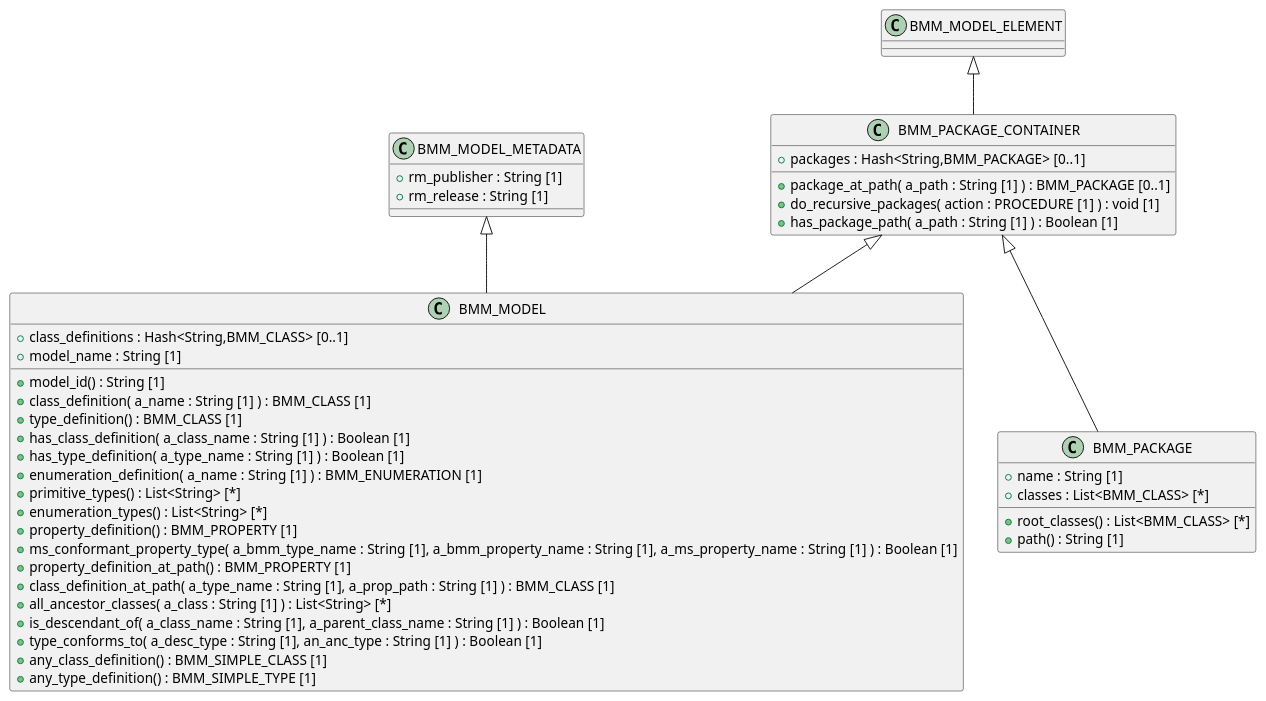
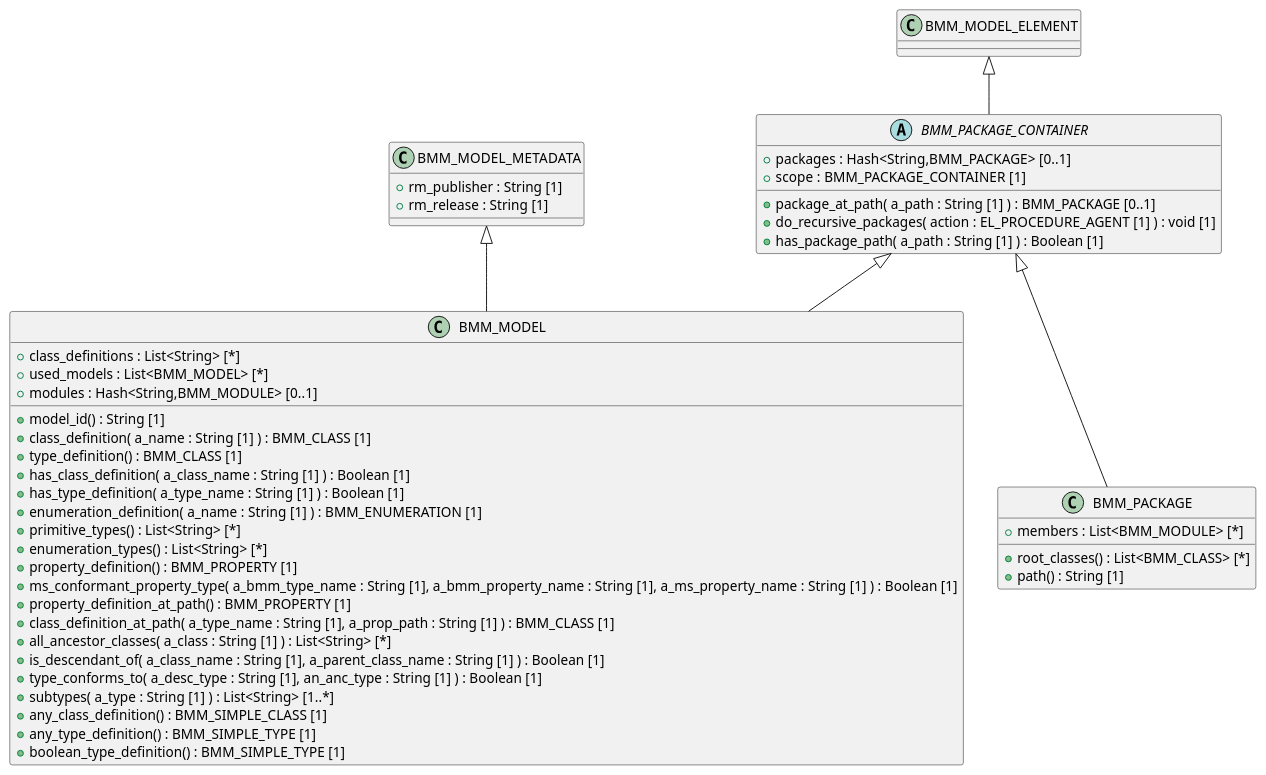
Before and after one commit to sebastian-iancu/code-generator: the diagram in code/Adoc/openehr_lang_1.1.0/plantUML/packages/org.openehr.lang.bmm.core.model.adoc, drawn with PlantUML. The commit also changed 719 other files, not shown here.

```diff
--- a/code/Adoc/openehr_lang_1.1.0/plantUML/packages/org.openehr.lang.bmm.core.model.adoc
+++ b/code/Adoc/openehr_lang_1.1.0/plantUML/packages/org.openehr.lang.bmm.core.model.adoc
@@ -1,52 +1,55 @@
 [plantuml,model,format=svg,svg-type="inline"]
 -----
 @startuml
 
 class BMM_MODEL {
-  + class_definitions : Hash<String,BMM_CLASS> [0..1]
-  + model_name : String [1]
+  + class_definitions : List<String> [*]
+  + used_models : List<BMM_MODEL> [*]
+  + modules : Hash<String,BMM_MODULE> [0..1]
   + model_id() : String [1]
   + class_definition( a_name : String [1] ) : BMM_CLASS [1]
   + type_definition() : BMM_CLASS [1]
   + has_class_definition( a_class_name : String [1] ) : Boolean [1]
   + has_type_definition( a_type_name : String [1] ) : Boolean [1]
   + enumeration_definition( a_name : String [1] ) : BMM_ENUMERATION [1]
   + primitive_types() : List<String> [*]
   + enumeration_types() : List<String> [*]
   + property_definition() : BMM_PROPERTY [1]
   + ms_conformant_property_type( a_bmm_type_name : String [1], a_bmm_property_name : String [1], a_ms_property_name : String [1] ) : Boolean [1]
   + property_definition_at_path() : BMM_PROPERTY [1]
   + class_definition_at_path( a_type_name : String [1], a_prop_path : String [1] ) : BMM_CLASS [1]
   + all_ancestor_classes( a_class : String [1] ) : List<String> [*]
   + is_descendant_of( a_class_name : String [1], a_parent_class_name : String [1] ) : Boolean [1]
   + type_conforms_to( a_desc_type : String [1], an_anc_type : String [1] ) : Boolean [1]
+  + subtypes( a_type : String [1] ) : List<String> [1..*]
   + any_class_definition() : BMM_SIMPLE_CLASS [1]
   + any_type_definition() : BMM_SIMPLE_TYPE [1]
+  + boolean_type_definition() : BMM_SIMPLE_TYPE [1]
 }
 
 class BMM_MODEL_METADATA {
   + rm_publisher : String [1]
   + rm_release : String [1]
 }
 
 class BMM_PACKAGE {
-  + name : String [1]
-  + classes : List<BMM_CLASS> [*]
+  + members : List<BMM_MODULE> [*]
   + root_classes() : List<BMM_CLASS> [*]
   + path() : String [1]
 }
 
-class BMM_PACKAGE_CONTAINER {
+abstract class BMM_PACKAGE_CONTAINER {
   + packages : Hash<String,BMM_PACKAGE> [0..1]
+  + scope : BMM_PACKAGE_CONTAINER [1]
   + package_at_path( a_path : String [1] ) : BMM_PACKAGE [0..1]
-  + do_recursive_packages( action : PROCEDURE [1] ) : void [1]
+  + do_recursive_packages( action : EL_PROCEDURE_AGENT [1] ) : void [1]
   + has_package_path( a_path : String [1] ) : Boolean [1]
 }
 
 BMM_PACKAGE_CONTAINER <|-- BMM_MODEL
 BMM_MODEL_METADATA <|-- BMM_MODEL
 BMM_PACKAGE_CONTAINER <|-- BMM_PACKAGE
 BMM_MODEL_ELEMENT <|-- BMM_PACKAGE_CONTAINER
 
 @enduml
 -----
```
